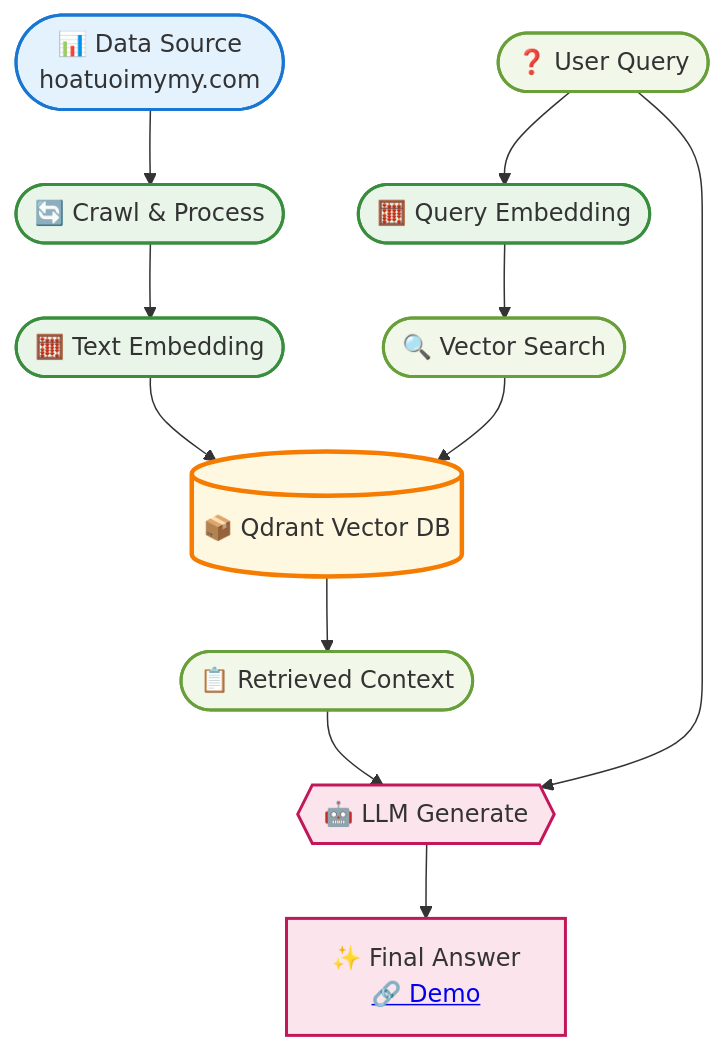
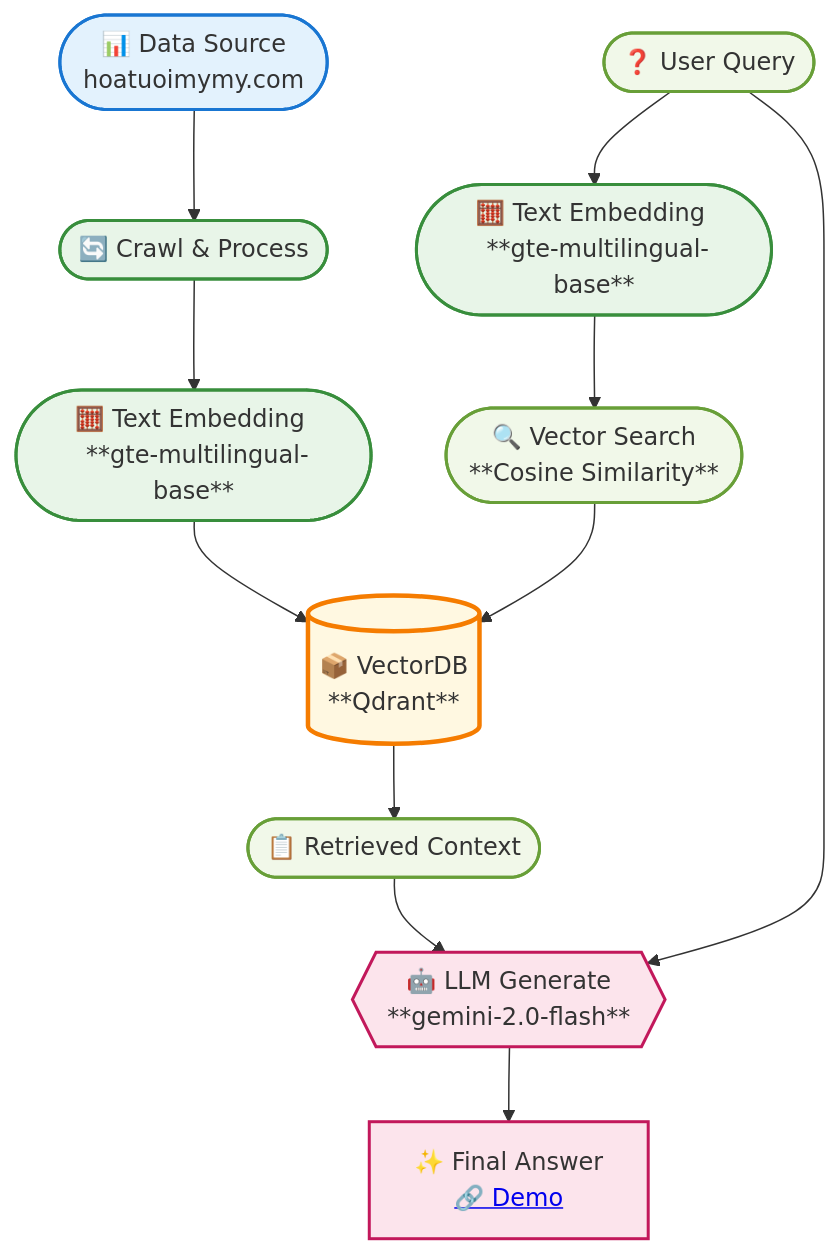
Before and after one commit to vuhuyng04/RAG_Project: the diagram in README.md, drawn with Mermaid.

````diff
--- a/README.md
+++ b/README.md
@@ -4,28 +4,28 @@
 ```mermaid
 graph TD
     A([📊 Data Source<br/>hoatuoimymy.com]) --> B([🔄 Crawl & Process])
-    B --> C([🧮 Text Embedding])
-    C --> D[(📦 Qdrant Vector DB)]
+    B --> C([🧮 Text Embedding <br/> **gte-multilingual-base**])
+    C --> D[(📦 VectorDB <br/> **Qdrant**)]
     
-    E([❓ User Query]) --> J([🧮 Query Embedding])
-    J --> F([🔍 Vector Search])
+    E([❓ User Query]) --> J([🧮 Text Embedding <br/> **gte-multilingual-base**])
+    J --> F([🔍 Vector Search <br/> **Cosine Similarity**])
     F --> D
     D --> G([📋 Retrieved Context])
     
-    E --> H{{🤖 LLM Generate}}
+    E --> H{{🤖 LLM Generate <br/>**gemini-2.0-flash**}}
     G --> H
     H --> I[✨ Final Answer<br/><a href="https://vuhuy-rag.streamlit.app/" target="_blank">🔗 Demo</a>]
 
     %% Styling
     classDef source fill:#e3f2fd,stroke:#1976d2,stroke-width:2px
     classDef process fill:#e8f5e8,stroke:#388e3c,stroke-width:2px
     classDef storage fill:#fff8e1,stroke:#f57c00,stroke-width:3px
     classDef query fill:#f1f8e9,stroke:#689f38,stroke-width:2px
     classDef llm fill:#fce4ec,stroke:#c2185b,stroke-width:2px
 
     class A source
     class B,C,J process
     class D storage
     class E,F,G query
     class H,I llm
 ```
````
